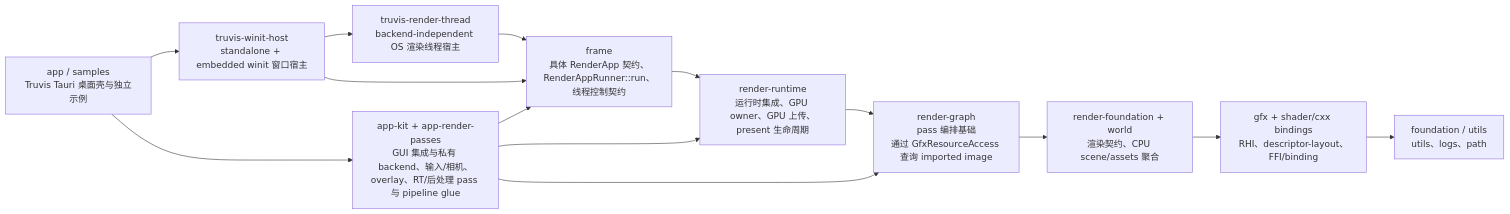
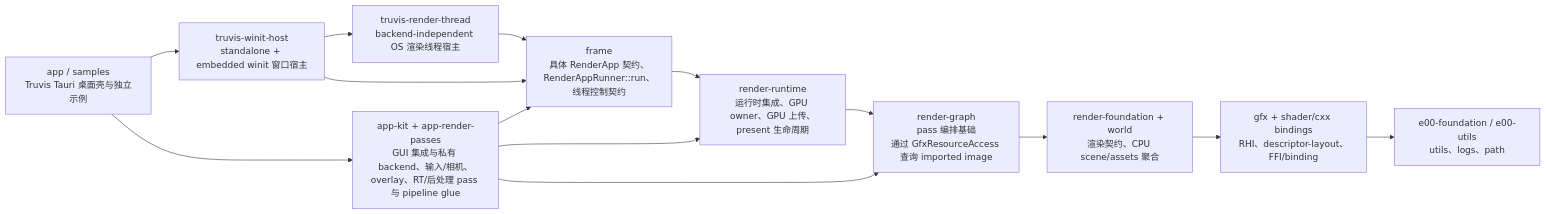
One commit to acccoco/TruvisRenderer changed the second of 3 diagrams in docs/summaries/layering-and-dependency-boundaries.md. Above: the diagram before and after it, drawn with Mermaid. The commit also changed other lines of this file and 192 other files, not shown here.

````diff
--- a/docs/summaries/layering-and-dependency-boundaries.md
+++ b/docs/summaries/layering-and-dependency-boundaries.md
@@ -40,18 +40,18 @@
 ```mermaid
 flowchart LR
-    Foundation["foundation / utils<br/>utils、logs、path"]
+    Foundation["e00-foundation / e00-utils<br/>utils、logs、path"]
     Gfx["gfx + shader/cxx bindings<br/>RHI、descriptor-layout、FFI/binding"]
     Core["render-foundation + world<br/>渲染契约、CPU scene/assets 聚合"]
     RenderDomain["render-graph<br/>pass 编排基础<br/>通过 GfxResourceAccess 查询 imported image"]
     Runtime["render-runtime<br/>运行时集成、GPU owner、GPU 上传、present 生命周期"]
     Frame["frame<br/>具体 RenderApp 契约、RenderAppRunner::run、线程控制契约"]
     AppKit["app-kit + app-render-passes<br/>GUI 集成与私有 backend、输入/相机、overlay、RT/后处理 pass 与 pipeline glue"]
     App["app / samples<br/>Truvis Tauri 桌面壳与独立示例"]
     WindowHost["truvis-winit-host<br/>standalone + embedded winit 窗口宿主"]
     RenderThread["truvis-render-thread<br/>backend-independent OS 渲染线程宿主"]
     App --> WindowHost --> RenderThread --> Frame --> Runtime --> RenderDomain --> Core --> Gfx --> Foundation
     WindowHost --> Frame
     App --> AppKit --> Frame
     AppKit --> Runtime
     AppKit --> RenderDomain
 ```
````
